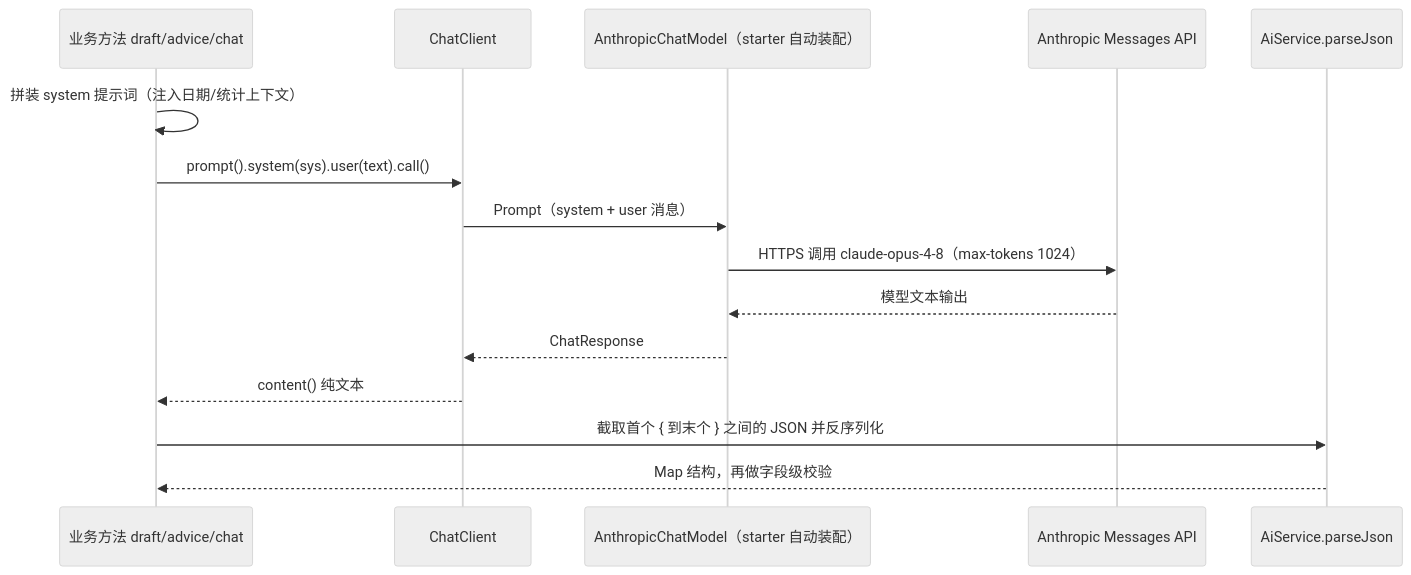
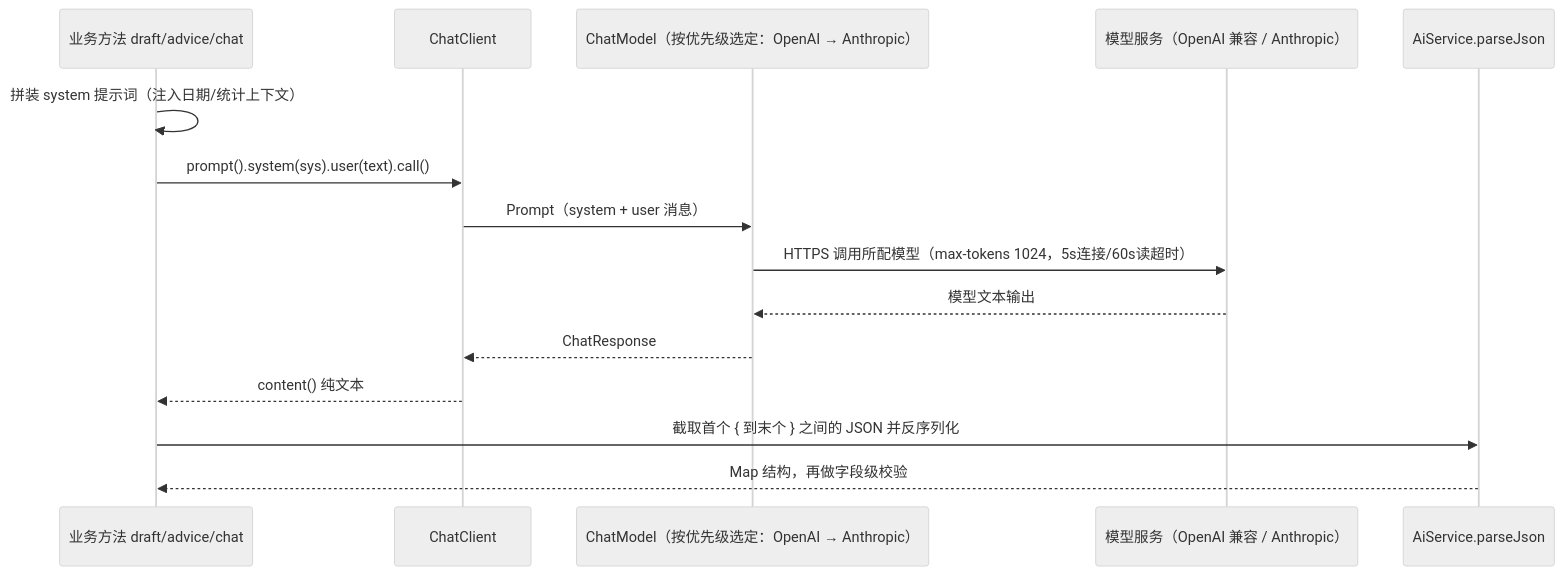
One commit to lonelymeko/student-leave-system changed the first of 3 diagrams in docs/modules/03-AI智能助手与统计分析模块.md. Above: the diagram before and after it, drawn with Mermaid (neutral theme). The commit also changed other lines of this file and 6 other files, not shown here.

First line of the commit message:
feat(ai): 双供应商支持 — 优先 OpenAI、回退 Anthropic，model/endpoint 可自定义

````diff
--- a/docs/modules/03-AI智能助手与统计分析模块.md
+++ b/docs/modules/03-AI智能助手与统计分析模块.md
@@ -35,18 +36,18 @@
 ```mermaid
 sequenceDiagram
     participant B as 业务方法 draft/advice/chat
     participant CC as ChatClient
-    participant AM as AnthropicChatModel（starter 自动装配）
-    participant API as Anthropic Messages API
+    participant AM as ChatModel（按优先级选定：OpenAI → Anthropic）
+    participant API as 模型服务（OpenAI 兼容 / Anthropic）
     participant P as AiService.parseJson
 
     B->>B: 拼装 system 提示词（注入日期/统计上下文）
     B->>CC: prompt().system(sys).user(text).call()
     CC->>AM: Prompt（system + user 消息）
-    AM->>API: HTTPS 调用 claude-opus-4-8（max-tokens 1024）
+    AM->>API: HTTPS 调用所配模型（max-tokens 1024，5s连接/60s读超时）
     API-->>AM: 模型文本输出
     AM-->>CC: ChatResponse
     CC-->>B: content() 纯文本
     B->>P: 截取首个 { 到末个 } 之间的 JSON 并反序列化
     P-->>B: Map 结构，再做字段级校验
 ```
````
